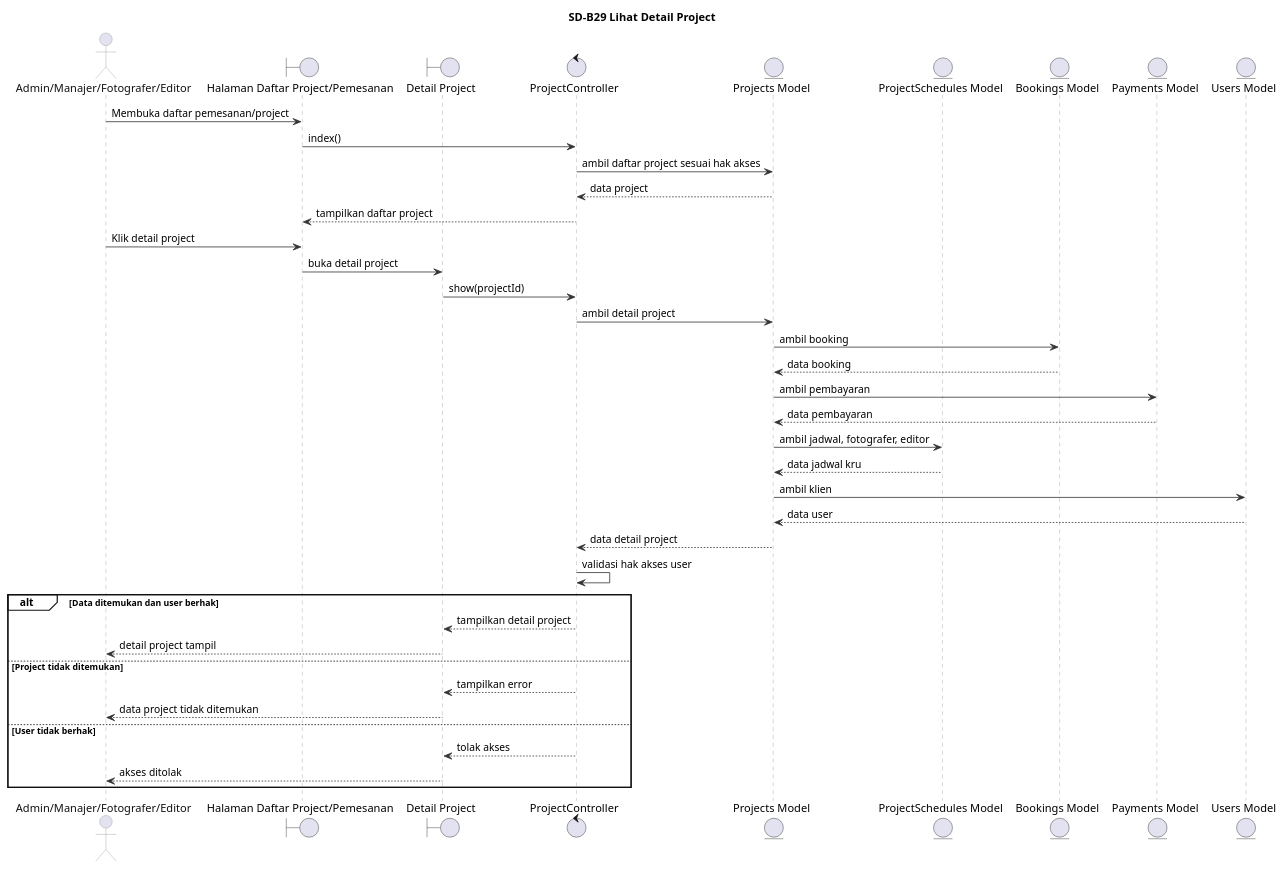
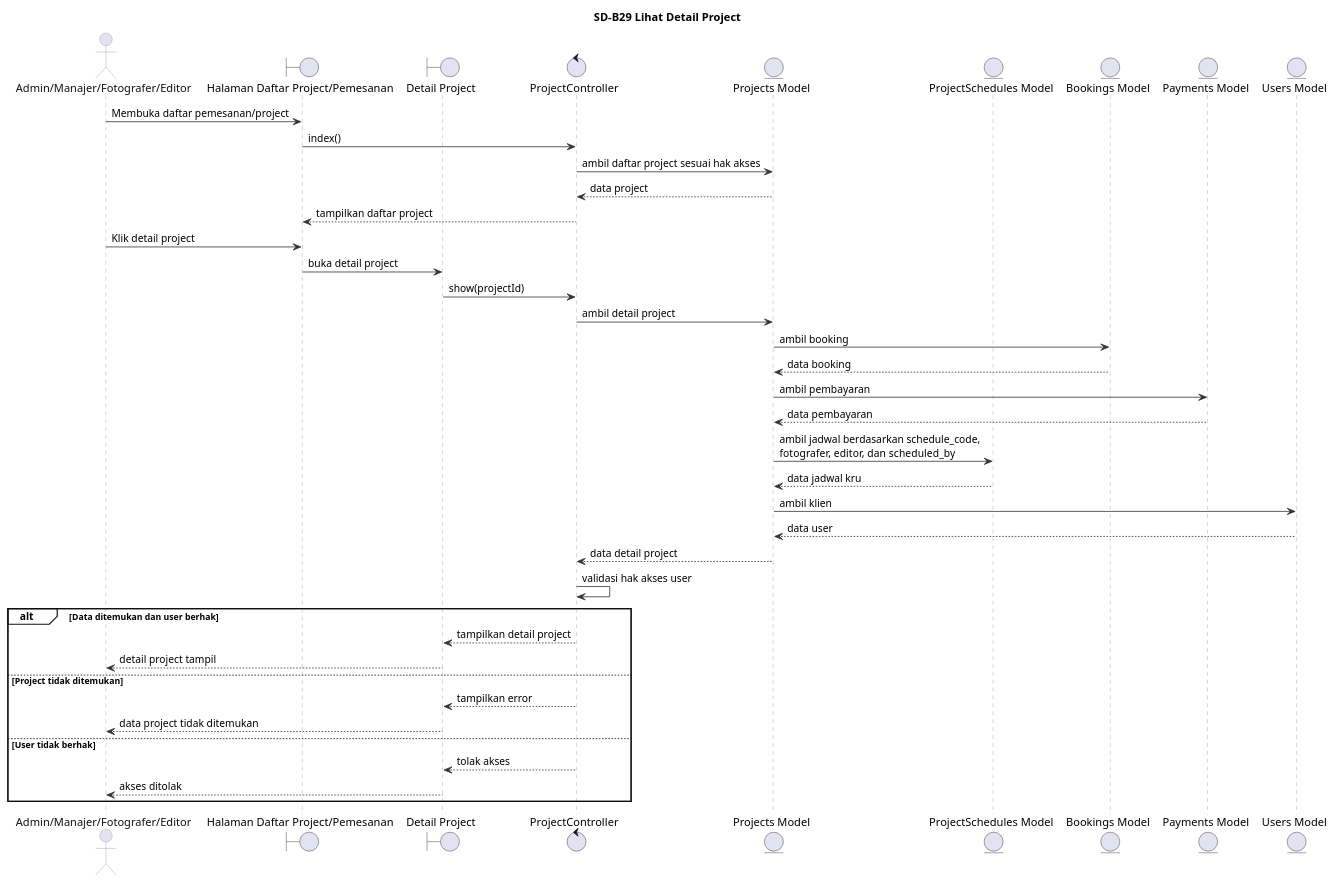
The diagram in sequence/SD-B29.puml (Fajrinputra/alterstudio-ta), drawn with PlantUML before and after one commit. The commit also changed 71 other files, not shown here.

```diff
--- a/sequence/SD-B29.puml
+++ b/sequence/SD-B29.puml
@@ -1,62 +1,62 @@
 @startuml
 title SD-B29 Lihat Detail Project
 
 skinparam backgroundColor white
 skinparam shadowing false
 skinparam BoxPadding 4
 skinparam sequence {
     ArrowColor #333333
     LifeLineBorderColor #999999
     LifeLineBackgroundColor white
     ParticipantBorderColor #999999
     ParticipantBackgroundColor #ECEEF8
     ParticipantFontColor #111111
     ActorBorderColor #999999
     ActorFontColor #111111
     GroupBorderColor #111111
     GroupBackgroundColor transparent
 }
 
 actor "Admin/Manajer/Fotografer/Editor" as Pengguna
 boundary "Halaman Daftar Project/Pemesanan" as HalamanDaftar
 boundary "Detail Project" as DetailProject
 control "ProjectController" as ProjectController
 entity "Projects Model" as Project
 entity "ProjectSchedules Model" as ProjectSchedule
 entity "Bookings Model" as Booking
 entity "Payments Model" as Payment
 entity "Users Model" as User
 
 Pengguna -> HalamanDaftar : Membuka daftar pemesanan/project
 HalamanDaftar -> ProjectController : index()
 ProjectController -> Project : ambil daftar project sesuai hak akses
 Project --> ProjectController : data project
 ProjectController --> HalamanDaftar : tampilkan daftar project
 
 Pengguna -> HalamanDaftar : Klik detail project
 HalamanDaftar -> DetailProject : buka detail project
 DetailProject -> ProjectController : show(projectId)
 ProjectController -> Project : ambil detail project
 Project -> Booking : ambil booking
 Booking --> Project : data booking
 Project -> Payment : ambil pembayaran
 Payment --> Project : data pembayaran
-Project -> ProjectSchedule : ambil jadwal, fotografer, editor
+Project -> ProjectSchedule : ambil jadwal berdasarkan schedule_code,\nfotografer, editor, dan scheduled_by
 ProjectSchedule --> Project : data jadwal kru
 Project -> User : ambil klien
 User --> Project : data user
 Project --> ProjectController : data detail project
 ProjectController -> ProjectController : validasi hak akses user
 
 alt Data ditemukan dan user berhak
     ProjectController --> DetailProject : tampilkan detail project
     DetailProject --> Pengguna : detail project tampil
 else Project tidak ditemukan
     ProjectController --> DetailProject : tampilkan error
     DetailProject --> Pengguna : data project tidak ditemukan
 else User tidak berhak
     ProjectController --> DetailProject : tolak akses
     DetailProject --> Pengguna : akses ditolak
 end
 
 @enduml
```
